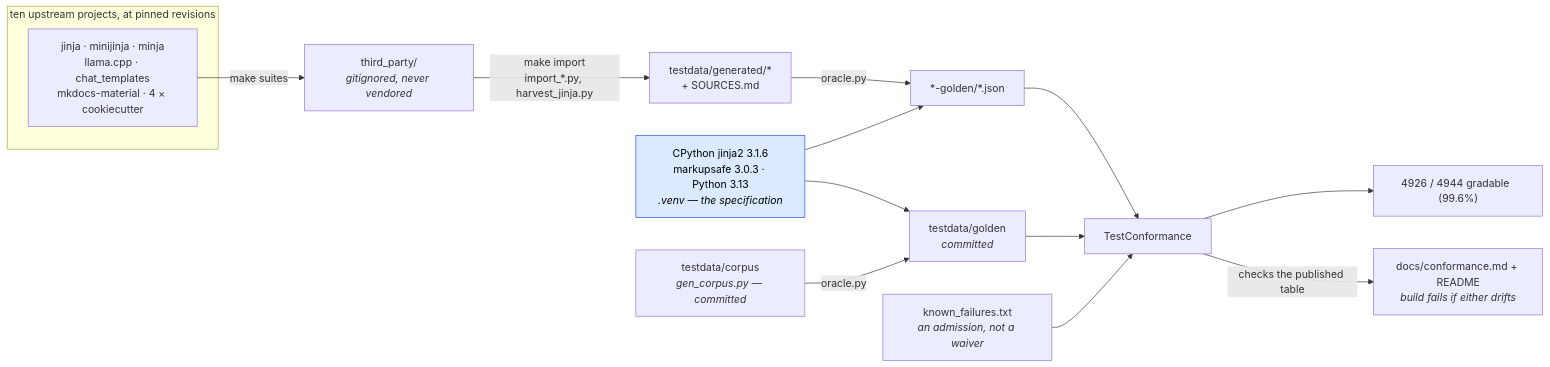
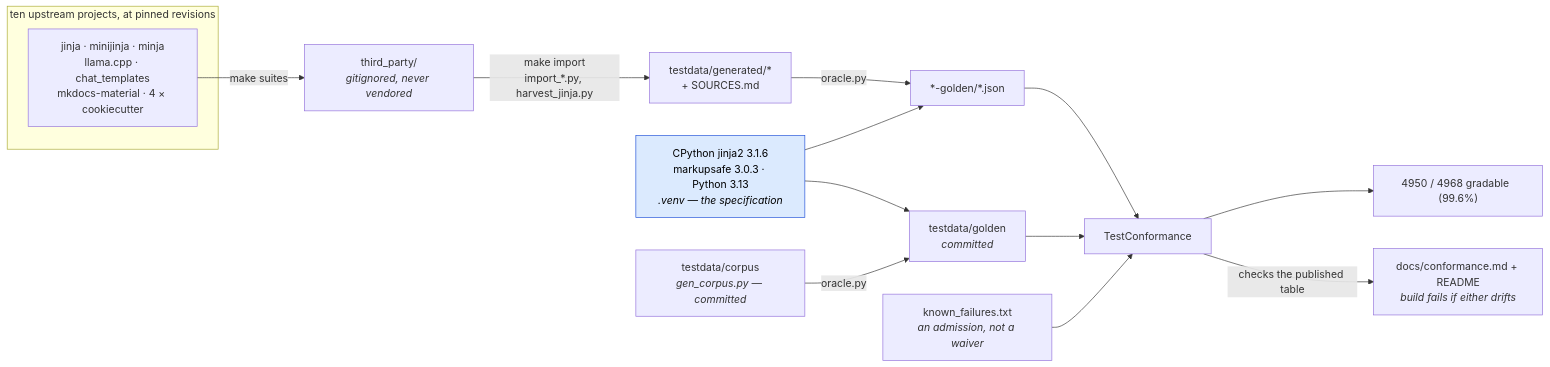
Before and after one commit to mgilbir/gojja2: the first of 2 diagrams in docs/conformance.md, drawn with Mermaid. The commit also changed other lines of this file and 83 other files, not shown here.

````diff
--- a/docs/conformance.md
+++ b/docs/conformance.md
@@ -17,24 +17,24 @@
 ```mermaid
 flowchart LR
     subgraph up["ten upstream projects, at pinned revisions"]
         U1["jinja · minijinja · minja<br/>llama.cpp · chat_templates<br/>mkdocs-material · 4 × cookiecutter"]
     end
     U1 -->|"make suites"| TP["third_party/<br/><i>gitignored, never vendored</i>"]
     TP -->|"make import<br/>import_*.py, harvest_jinja.py"| GEN["testdata/generated/*<br/>+ SOURCES.md"]
 
     ORA["CPython jinja2 3.1.6<br/>markupsafe 3.0.3 · Python 3.13<br/><i>.venv — the specification</i>"]
     GEN -->|"oracle.py"| G2["*-golden/*.json"]
     ORA --> G2
 
     OWN["testdata/corpus<br/><i>gen_corpus.py — committed</i>"] -->|"oracle.py"| G1["testdata/golden<br/><i>committed</i>"]
     ORA --> G1
 
     G1 --> TC["TestConformance"]
     G2 --> TC
     KF["known_failures.txt<br/><i>an admission, not a waiver</i>"] --> TC
-    TC --> RATE["4926 / 4944 gradable  (99.6%)"]
+    TC --> RATE["4950 / 4968 gradable  (99.6%)"]
     TC -->|"checks the published table"| RM["docs/conformance.md + README<br/><i>build fails if either drifts</i>"]
 
     classDef spec fill:#dbeafe,stroke:#1d4ed8,color:#000
     class ORA spec
 ```
````
